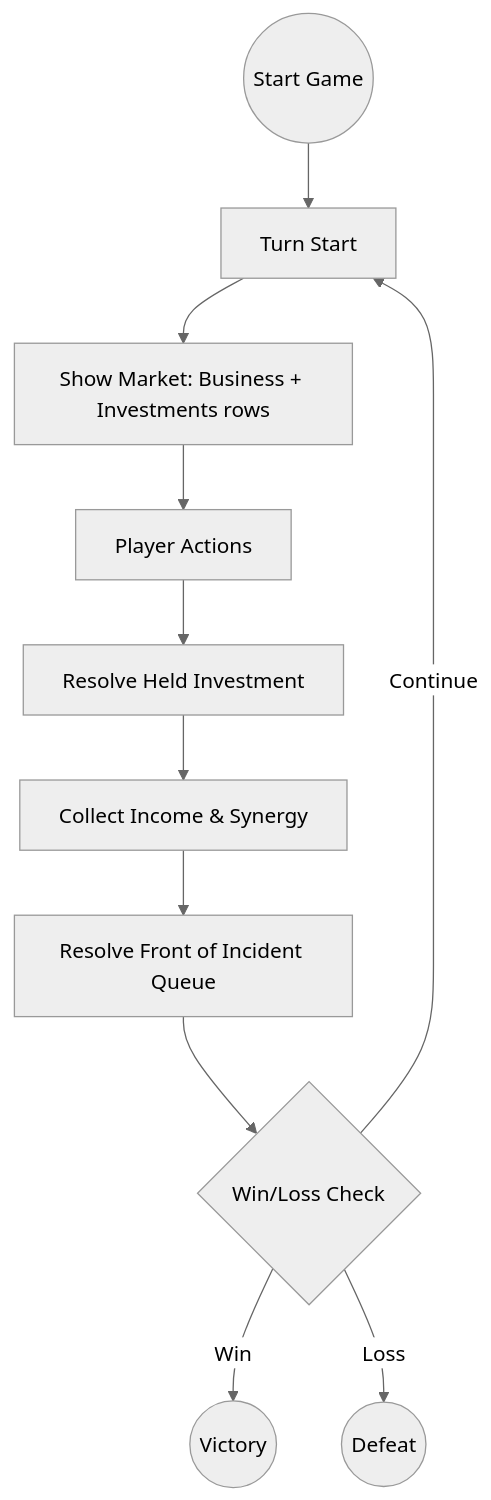
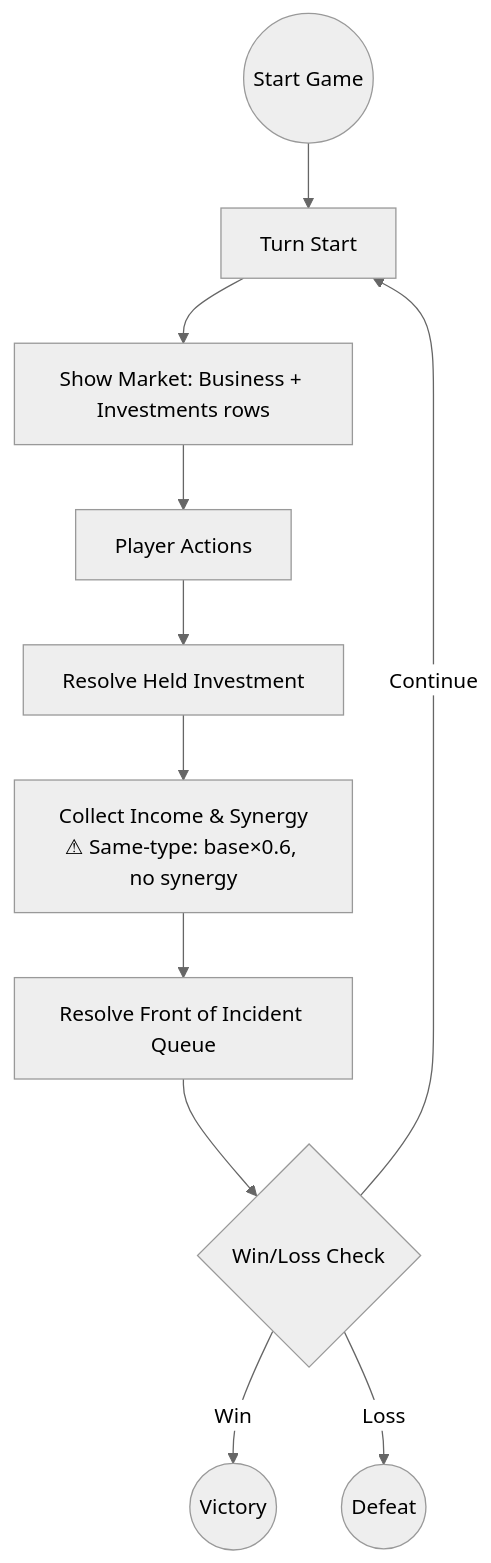
The second of 2 diagrams in docs/main-street/core-rules-and-mechanics.md (TheWizardsCode/Tableau-Card-Engine), drawn with Mermaid (neutral theme) before and after one commit. The commit also changed other lines of this file and 4 other files, not shown here.

````diff
--- a/docs/main-street/core-rules-and-mechanics.md
+++ b/docs/main-street/core-rules-and-mechanics.md
@@ -242,13 +242,14 @@
 ```mermaid
 flowchart TD
     Start((Start Game)) --> TurnStart[Turn Start]
     TurnStart --> Market[Show Market: Business + Investments rows]
     Market --> Actions[Player Actions]
     Actions --> ResolveInvestment[Resolve Held Investment]
     ResolveInvestment --> Income[Collect Income & Synergy]
-    Income --> Incident[Resolve Front of Incident Queue]
+    Income[Collect Income & Synergy
+⚠ Same-type: base×0.6, no synergy] --> Incident[Resolve Front of Incident Queue]
     Incident --> EndCheck{Win/Loss Check}
     EndCheck -->|Win| EndWin((Victory))
     EndCheck -->|Loss| EndLoss((Defeat))
     EndCheck -->|Continue| TurnStart
 ```
````
